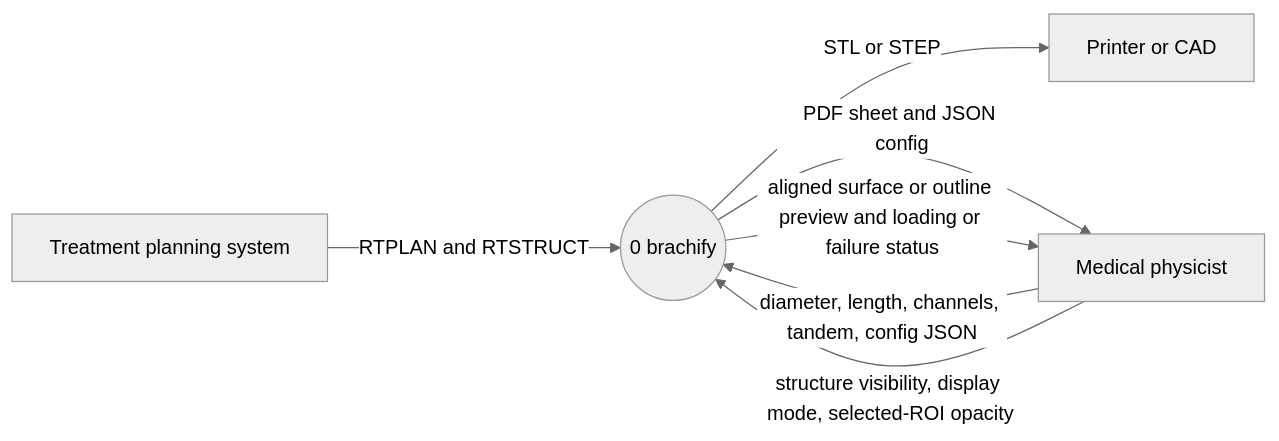
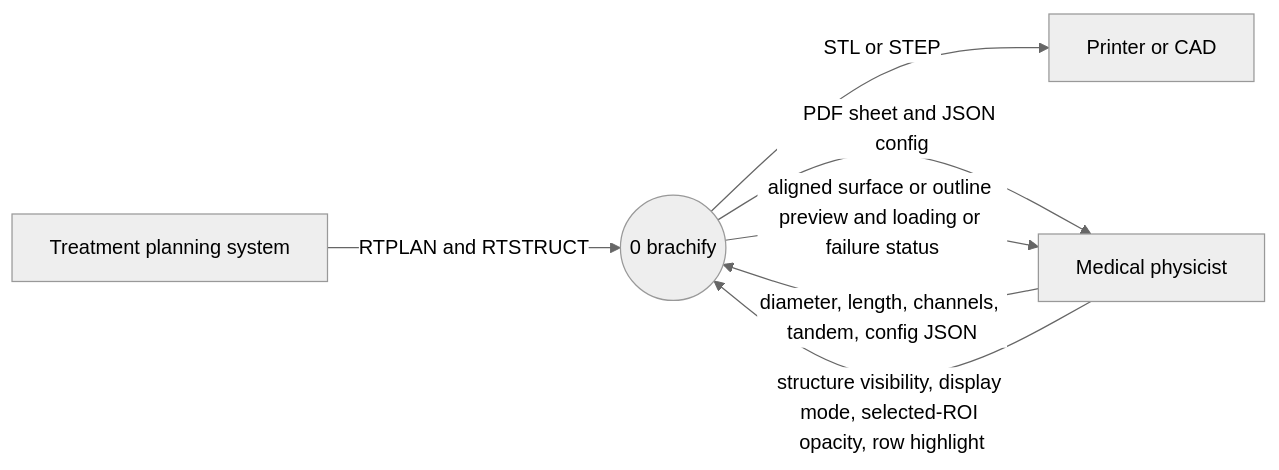
One commit to COSC-499-W2026/capstone-project-team-10 changed the diagram in docs/architecture/diagrams/existing-framework/dfd-0.mmd. Above: the diagram before and after it, drawn with Mermaid (neutral theme). The commit also changed 9 other files, not shown here.

Commit message:
docs: show highlight_changed on the architecture pictures

```diff
--- a/docs/architecture/diagrams/existing-framework/dfd-0.mmd
+++ b/docs/architecture/diagrams/existing-framework/dfd-0.mmd
@@ -1,14 +1,14 @@
 %% title: DFD level 0
 %% alt: DFD level 0, brachify as one process
 flowchart LR
   tps["Treatment planning system"]
   physicist["Medical physicist"]
   printer["Printer or CAD"]
   brachify(("0 brachify"))
 
   tps -->|"RTPLAN and RTSTRUCT"| brachify
   physicist -->|"diameter, length, channels, tandem, config JSON"| brachify
   brachify -->|"STL or STEP"| printer
   brachify -->|"PDF sheet and JSON config"| physicist
-  physicist -->|"structure visibility, display mode, selected-ROI opacity"| brachify
+  physicist -->|"structure visibility, display mode, selected-ROI opacity, row highlight"| brachify
   brachify -->|"aligned surface or outline preview and loading or failure status"| physicist
```
